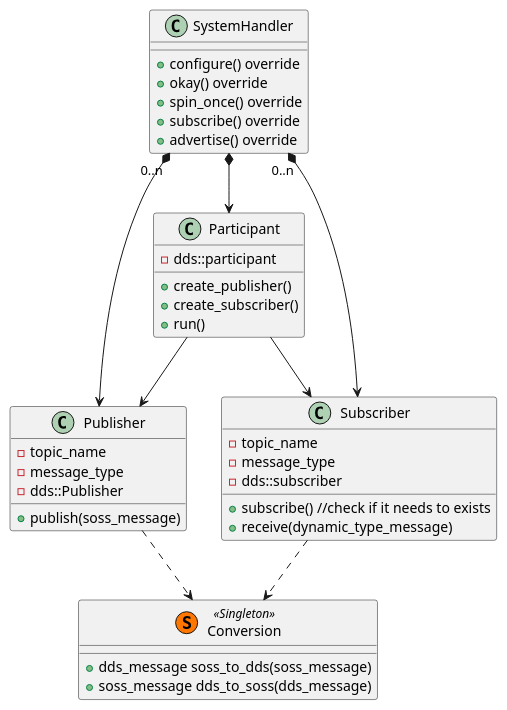
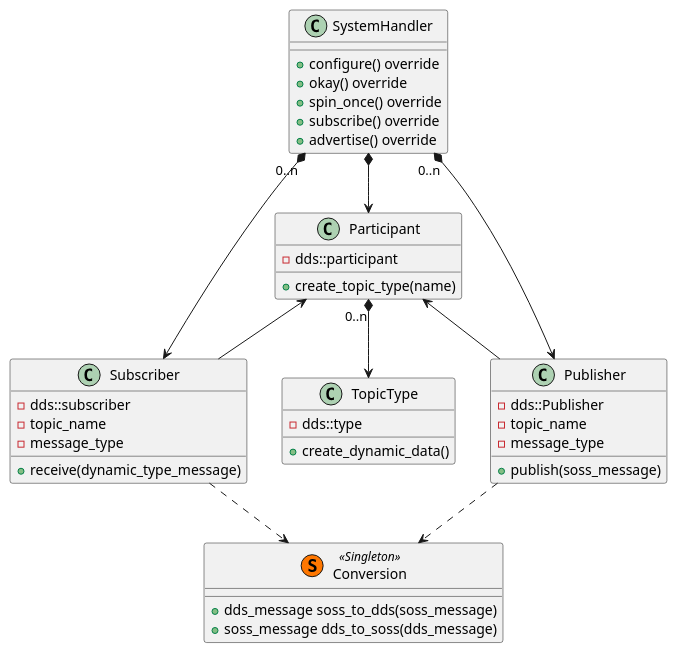
The diagram in doc/diagram-design/class.puml (eProsima/FastDDS-SH), drawn with PlantUML before and after one commit. The commit also changed 7 other files, not shown here.

Commit message:
Added TopicType class.

```diff
--- a/doc/diagram-design/class.puml
+++ b/doc/diagram-design/class.puml
@@ -1,48 +1,51 @@
 @startuml
 
 SystemHandler "0..n" *--> Publisher
 SystemHandler "0..n" *--> Subscriber
 SystemHandler *--> Participant
 
-Participant --> Publisher
-Participant --> Subscriber
+Participant <-- Publisher
+Participant <-- Subscriber
+Participant "0..n" *--> TopicType
 
 Publisher ..> Conversion
 Subscriber ..> Conversion
 
 class SystemHandler {
     + configure() override
     + okay() override
     + spin_once() override
     + subscribe() override
     + advertise() override
 }
 
 class Participant {
     - dds::participant
-    + create_publisher()
-    + create_subscriber()
-    + run()
+    + create_topic_type(name)
+}
+
+class TopicType {
+    - dds::type
+    + create_dynamic_data()
 }
 
 class Publisher {
+    - dds::Publisher
     - topic_name
     - message_type
-    - dds::Publisher
     + publish(soss_message)
 }
 
 class Subscriber {
+    - dds::subscriber
     - topic_name
     - message_type
-    - dds::subscriber
-    + subscribe() //check if it needs to exists
     + receive(dynamic_type_message)
 }
 
 class Conversion << (S,#FF7700) Singleton >> {
     + dds_message soss_to_dds(soss_message)
     + soss_message dds_to_soss(dds_message)
 }
 
 @enduml
```
